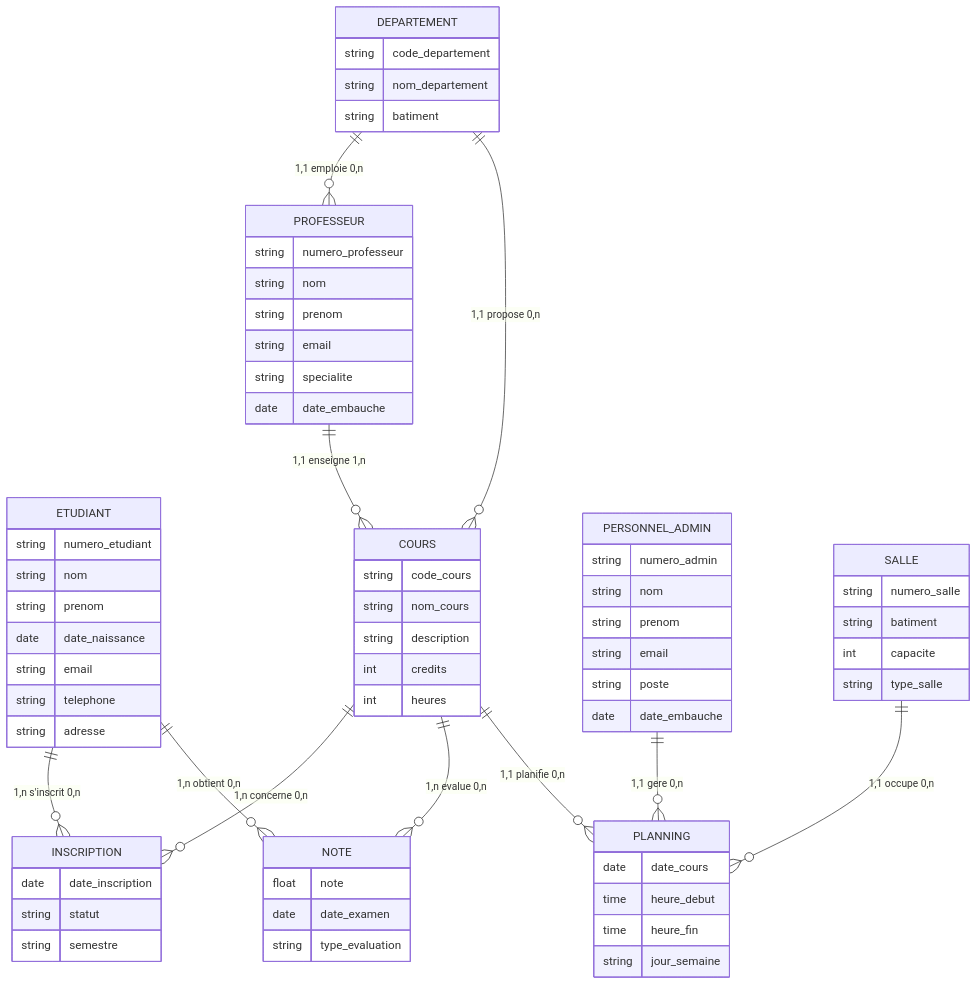
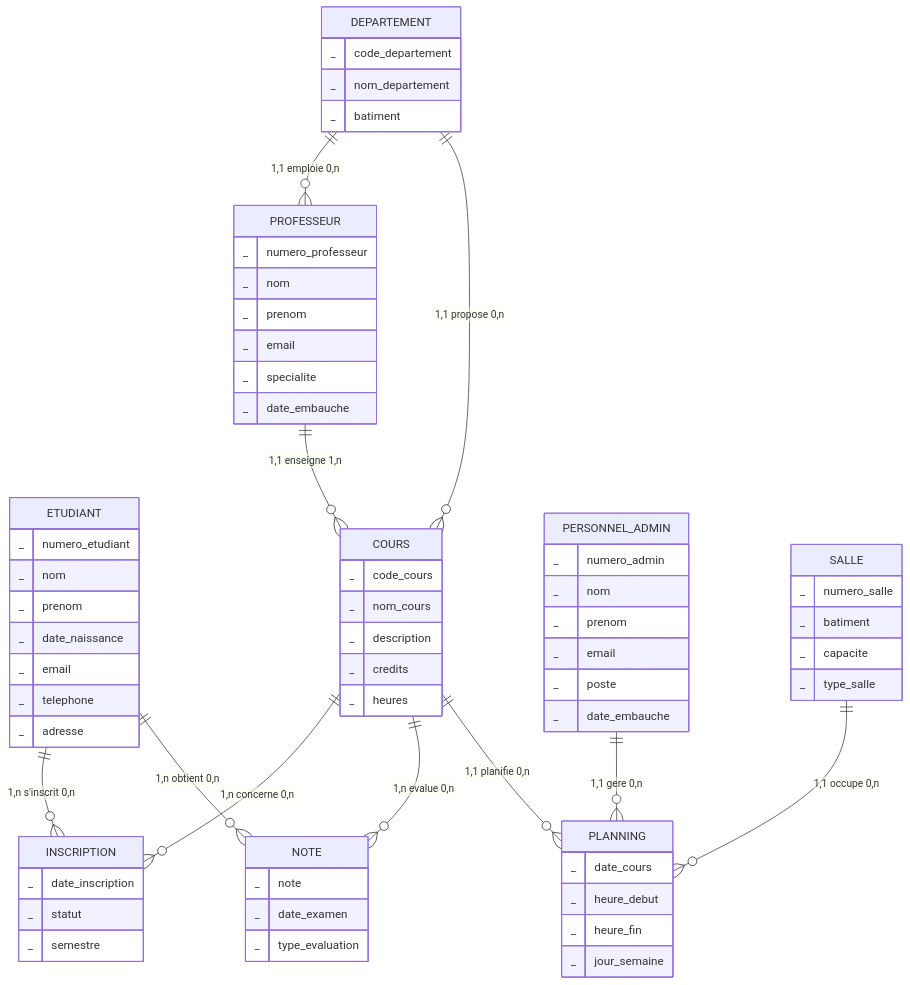
One commit to seyli01/DEV changed the diagram in MCD.mmd. Above: the diagram before and after it, drawn with Mermaid.

```diff
--- a/MCD.mmd
+++ b/MCD.mmd
@@ -1,79 +1,71 @@
 erDiagram
     ETUDIANT ||--o{ INSCRIPTION : "1,n s'inscrit 0,n"
     COURS ||--o{ INSCRIPTION : "1,n concerne 0,n"
     PROFESSEUR ||--o{ COURS : "1,1 enseigne 1,n"
     ETUDIANT ||--o{ NOTE : "1,n obtient 0,n"
     COURS ||--o{ NOTE : "1,n evalue 0,n"
     DEPARTEMENT ||--o{ PROFESSEUR : "1,1 emploie 0,n"
     DEPARTEMENT ||--o{ COURS : "1,1 propose 0,n"
     PERSONNEL_ADMIN ||--o{ PLANNING : "1,1 gere 0,n"
     COURS ||--o{ PLANNING : "1,1 planifie 0,n"
     SALLE ||--o{ PLANNING : "1,1 occupe 0,n"
-
+    
     ETUDIANT {
-        string numero_etudiant
-        string nom
-        string prenom
-        date date_naissance
-        string email
-        string telephone
-        string adresse
+        _ numero_etudiant
+        _ nom
+        _ prenom
+        _ date_naissance
+        _ email
+        _ telephone
+        _ adresse
     }
-
     PROFESSEUR {
-        string numero_professeur
-        string nom
-        string prenom
-        string email
-        string specialite
-        date date_embauche
+        _ numero_professeur
+        _ nom
+        _ prenom
+        _ email
+        _ specialite
+        _ date_embauche
     }
-
     COURS {
-        string code_cours
-        string nom_cours
-        string description
-        int credits
-        int heures
+        _ code_cours
+        _ nom_cours
+        _ description
+        _ credits
+        _ heures
     }
-
     DEPARTEMENT {
-        string code_departement
-        string nom_departement
-        string batiment
+        _ code_departement
+        _ nom_departement
+        _ batiment
     }
-
     PERSONNEL_ADMIN {
-        string numero_admin
-        string nom
-        string prenom
-        string email
-        string poste
-        date date_embauche
+        _ numero_admin
+        _ nom
+        _ prenom
+        _ email
+        _ poste
+        _ date_embauche
     }
-
     SALLE {
-        string numero_salle
-        string batiment
-        int capacite
-        string type_salle
+        _ numero_salle
+        _ batiment
+        _ capacite
+        _ type_salle
     }
-
     INSCRIPTION {
-        date date_inscription
-        string statut
-        string semestre
+        _ date_inscription
+        _ statut
+        _ semestre
     }
-
     NOTE {
-        float note
-        date date_examen
-        string type_evaluation
+        _ note
+        _ date_examen
+        _ type_evaluation
     }
-
     PLANNING {
-        date date_cours
-        time heure_debut
-        time heure_fin
-        string jour_semaine
+        _ date_cours
+        _ heure_debut
+        _ heure_fin
+        _ jour_semaine
     }
```
